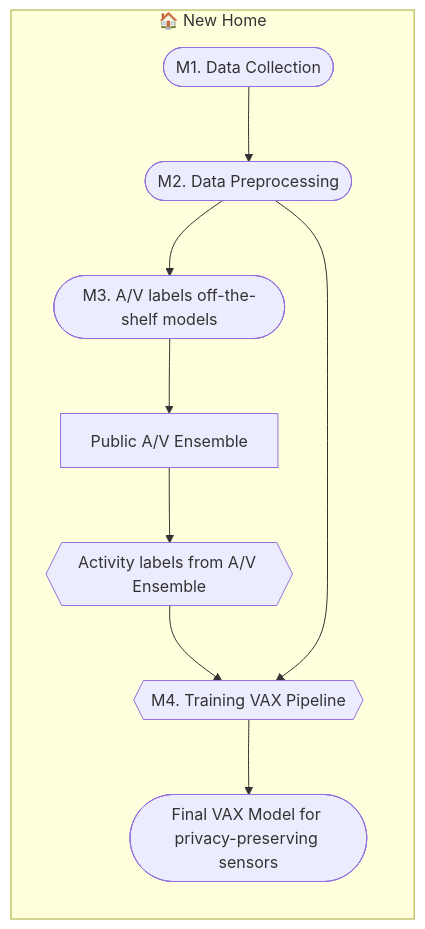
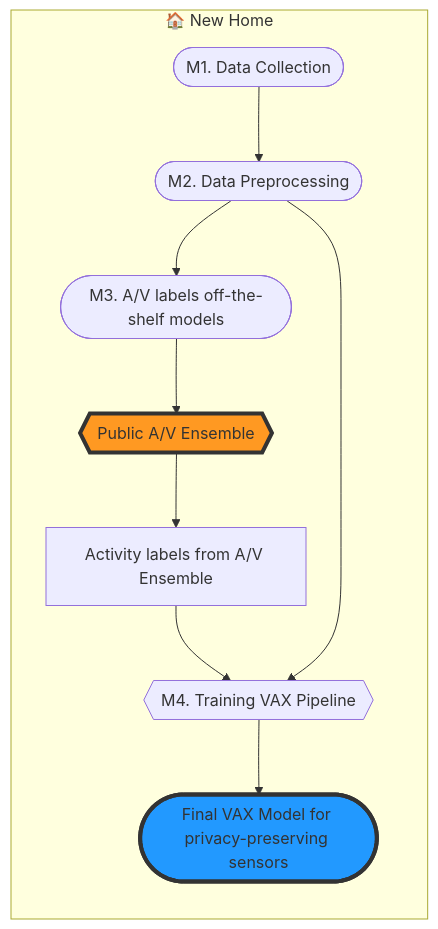
Before and after one commit to synergylabs/vax: the second of 2 diagrams in README.md, drawn with Mermaid. The commit also changed other lines of this file, not shown here.

Commit message:
Outer readme styling updates

````diff
--- a/README.md
+++ b/README.md
@@ -95,19 +96,20 @@
 ```mermaid
 %%{init: {"flowchart": {"htmlLabels": false}} }%%
 flowchart LR
     Home(["M1. Data Collection"])
     AV(["M3. A/V labels off-the-shelf models"])
     DP(["M2. Data Preprocessing"])   
-    finalensemble[Public A/V Ensemble]
+    finalensemble{{Public A/V Ensemble}}
+    style finalensemble fill:#f92,stroke:#333,stroke-width:4px
     vaxav{{M4. Training VAX Pipeline}}
     vaxmodel([Final VAX Model for privacy-preserving sensors])
-    
-    activityfromav{{Activity labels from A/V Ensemble}}
+    style vaxmodel fill:#29f,stroke:#333,stroke-width:4px
+    activityfromav[Activity labels from A/V Ensemble]
     subgraph "🏠 New Home"  
       Home --> DP--> AV --> finalensemble --> activityfromav
       activityfromav --> vaxav
       DP --> vaxav
       vaxav --> vaxmodel
     end
 
 ```
````
